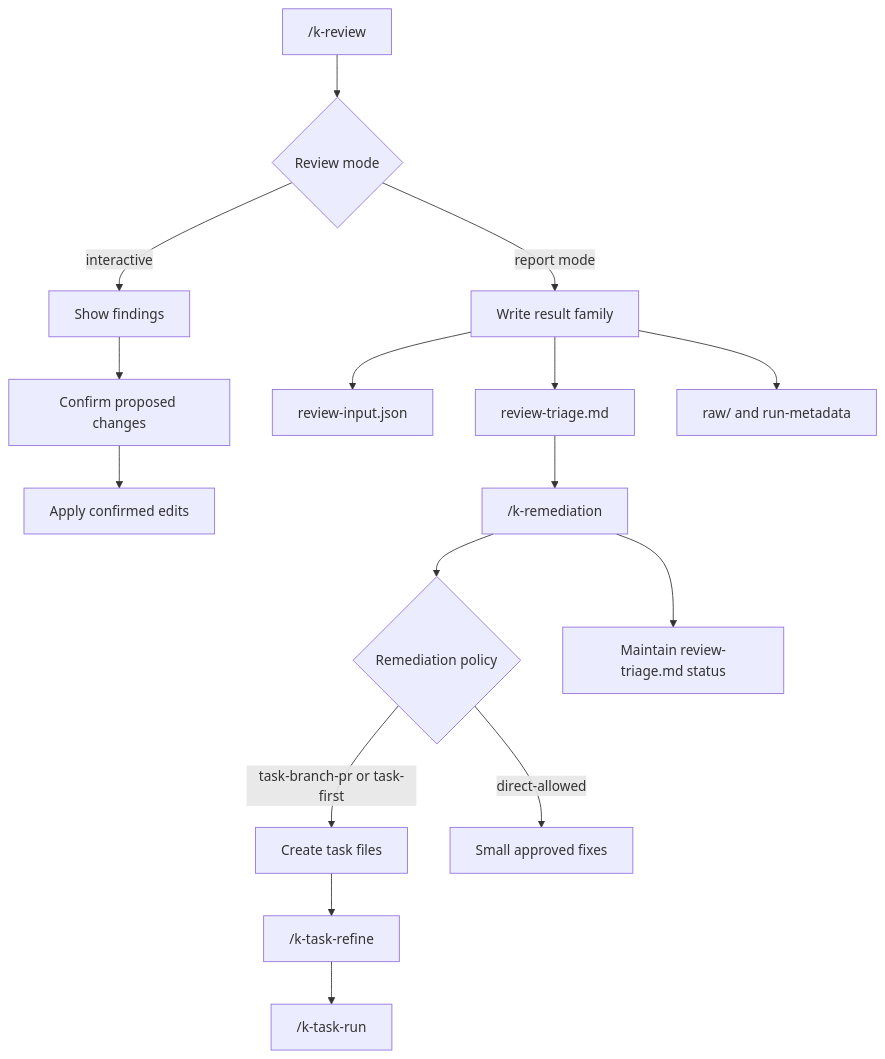
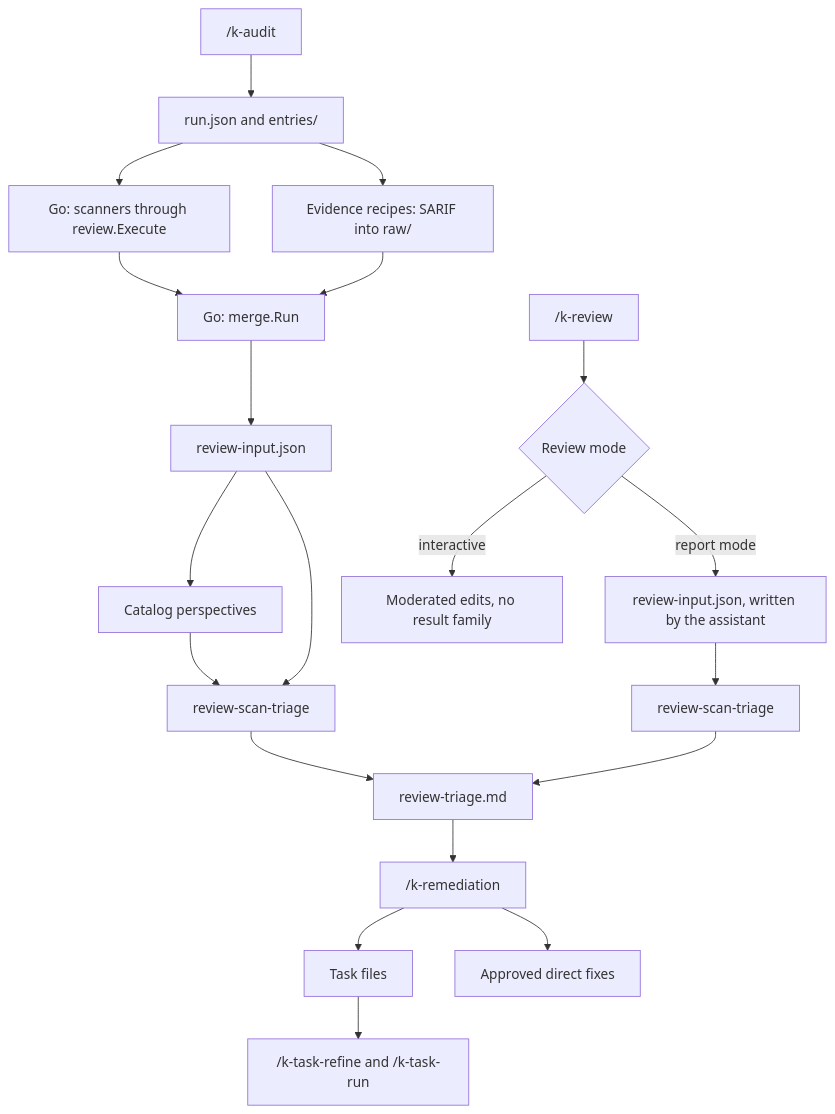
One commit to kascada/k-playbook changed the diagram in docs/code-review.md. Above: the diagram before and after it, drawn with Mermaid. The commit also changed other lines of this file and 9 other files, not shown here.

````diff
--- a/docs/code-review.md
+++ b/docs/code-review.md
@@ -7,18 +36,22 @@
 ```mermaid
 flowchart TD
-    A["/k-review <name>"] --> B{"Review mode"}
-    B -->|interactive| C["Show findings"]
-    C --> D["Confirm proposed changes"]
-    D --> E["Apply confirmed edits"]
-    B -->|report mode| F["Write result family"]
-    F --> G["review-input.json"]
-    F --> H["review-triage.md"]
-    F --> I["raw/ and run-metadata"]
-    H --> L["/k-remediation <review-triage>"]
-    L --> M{"Remediation policy"}
-    M -->|task-branch-pr or task-first| N["Create task files"]
-    N --> O["/k-task-refine"]
-    O --> P["/k-task-run"]
-    M -->|direct-allowed| Q["Small approved fixes"]
-    L --> R["Maintain review-triage.md status"]
+    A["/k-audit"] --> B["run.json and entries/"]
+    B --> C["Go: scanners through review.Execute"]
+    B --> D["Evidence recipes: SARIF into raw/"]
+    C --> E["Go: merge.Run"]
+    D --> E
+    E --> F["review-input.json"]
+    F --> G["Catalog perspectives"]
+    F --> H["review-scan-triage"]
+    G --> H
+    H --> T["review-triage.md"]
+    I["/k-review <name>"] --> J{"Review mode"}
+    J -->|interactive| K["Moderated edits, no result family"]
+    J -->|report mode| L["review-input.json, written by the assistant"]
+    L --> M["review-scan-triage"]
+    M --> T
+    T --> N["/k-remediation"]
+    N --> O["Task files"]
+    O --> P["/k-task-refine and /k-task-run"]
+    N --> Q["Approved direct fixes"]
 ```
````
